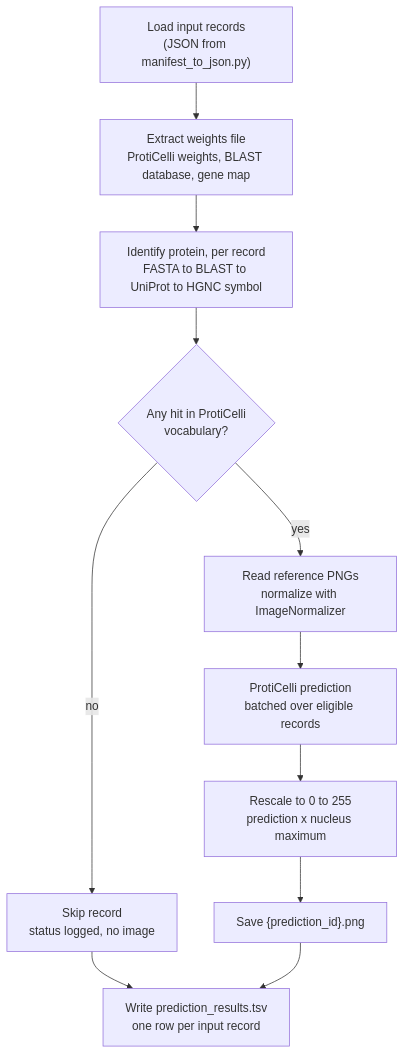
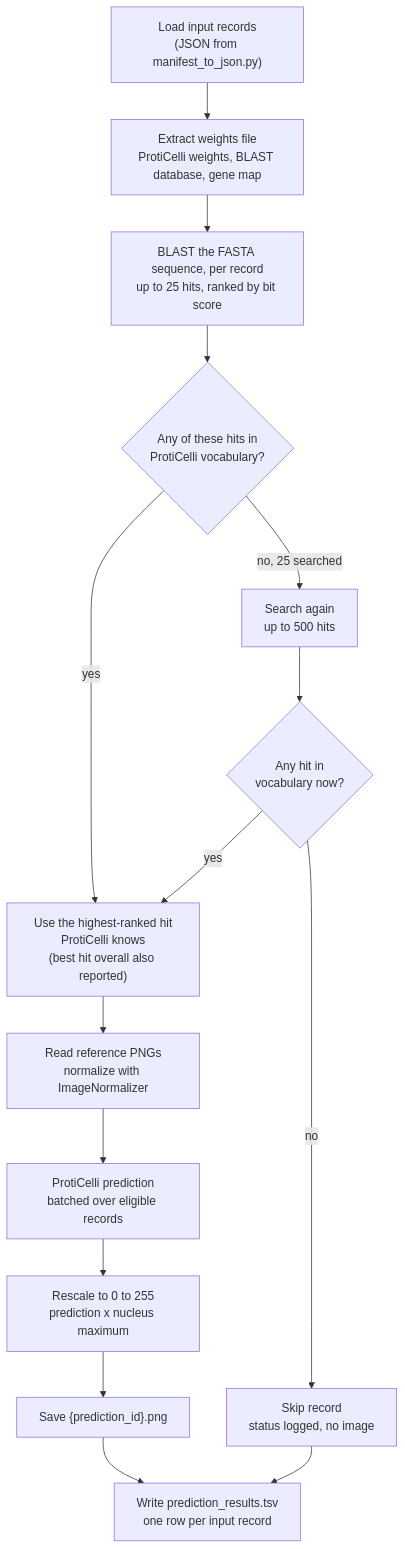
One commit to cm4ai-anvil-dream-challenge/blast-proticelli changed the diagram in README.md. Above: the diagram before and after it, drawn with Mermaid.

Commit message:
README flowchart: show hit ranking, the 25 then 500 search, and use of the highest-ranked vocabulary hit
The previous chart read as if only the top hit was checked.

Claude-Session: https://claude.ai/code/session_018sFue5AZjK7dcZPhfVa3tE

````diff
--- a/README.md
+++ b/README.md
@@ -12,13 +12,17 @@
 ```mermaid
 flowchart TD
     A["Load input records<br/>(JSON from manifest_to_json.py)"] --> B["Extract weights file<br/>ProtiCelli weights, BLAST database, gene map"]
-    B --> C["Identify protein, per record<br/>FASTA to BLAST to UniProt to HGNC symbol"]
-    C --> D{"Any hit in ProtiCelli<br/>vocabulary?"}
-    D -- no --> E["Skip record<br/>status logged, no image"]
-    D -- yes --> N["Read reference PNGs<br/>normalize with ImageNormalizer"]
+    B --> C["BLAST the FASTA sequence, per record<br/>up to 25 hits, ranked by bit score"]
+    C --> D{"Any of these hits in<br/>ProtiCelli vocabulary?"}
+    D -- yes --> U["Use the highest-ranked hit<br/>ProtiCelli knows<br/>(best hit overall also reported)"]
+    D -- "no, 25 searched" --> W["Search again<br/>up to 500 hits"]
+    W --> D2{"Any hit in<br/>vocabulary now?"}
+    D2 -- yes --> U
+    D2 -- no --> E["Skip record<br/>status logged, no image"]
+    U --> N["Read reference PNGs<br/>normalize with ImageNormalizer"]
     N --> F["ProtiCelli prediction<br/>batched over eligible records"]
     F --> R["Rescale to 0 to 255<br/>prediction x nucleus maximum"]
     R --> G["Save {prediction_id}.png"]
     E --> H["Write prediction_results.tsv<br/>one row per input record"]
     G --> H
 ```
````
